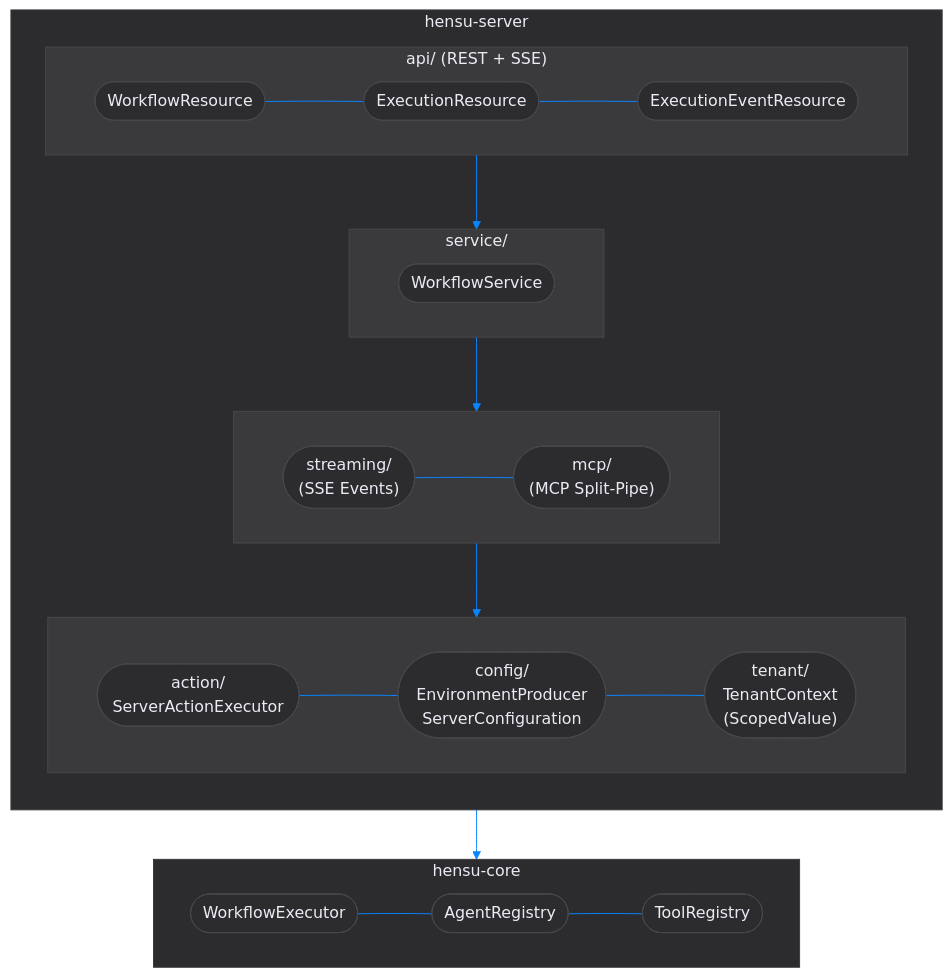
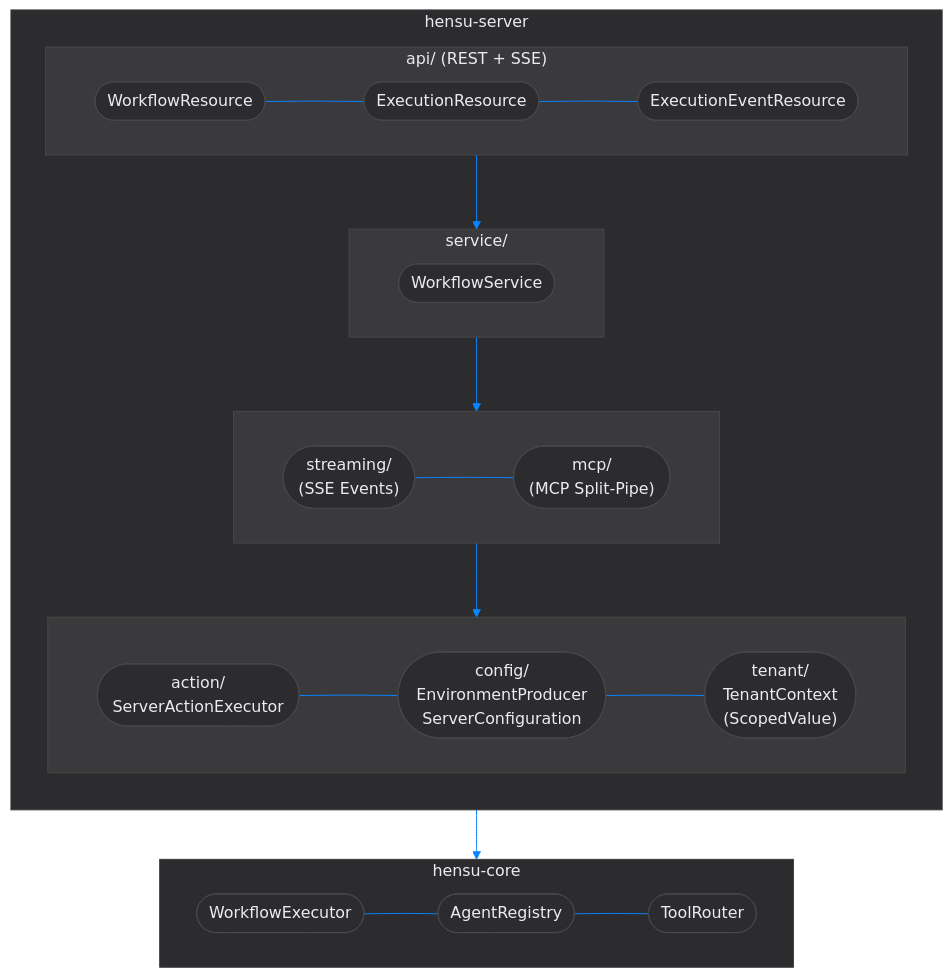
One commit to hensu-project/hensu changed the diagram in docs/developer-guide-server.md. Above: the diagram before and after it, drawn with Mermaid. The commit also changed other lines of this file and 50 other files, not shown here.

````diff
--- a/docs/developer-guide-server.md
+++ b/docs/developer-guide-server.md
@@ -34,56 +34,56 @@
 ```mermaid
 flowchart TD
     subgraph server["hensu-server"]
         direction TB
         subgraph api["api/ (REST + SSE)"]
             direction LR
             wr(["WorkflowResource"]) ~~~ er(["ExecutionResource"]) ~~~ eer(["ExecutionEventResource"])
         end
 
         subgraph svc["service/"]
             direction LR
             ws(["WorkflowService"])
         end
 
         subgraph mid["‍"]
             direction LR
             streaming(["streaming/\n(SSE Events)"]) ~~~ mcp(["mcp/\n(MCP Split-Pipe)"])
         end
 
         subgraph infra["‍"]
             direction LR
             action(["action/\nServerActionExecutor"]) ~~~ config(["config/\nEnvironmentProducer\nServerConfiguration"]) ~~~ tenant(["tenant/\nTenantContext\n(ScopedValue)"])
         end
 
         api --> svc --> mid --> infra
     end
 
     subgraph core["hensu-core"]
         direction LR
-        we(["WorkflowExecutor"]) ~~~ ar(["AgentRegistry"]) ~~~ tr(["ToolRegistry"])
+        we(["WorkflowExecutor"]) ~~~ ar(["AgentRegistry"]) ~~~ tr(["ToolRouter"])
     end
 
     server --> core
 
     style server fill:#2c2c2e, stroke:#3a3a3c, color:#ebebf5, stroke-width:1px
     style api fill:#3a3a3c, stroke:#48484a, color:#ebebf5, stroke-width:1px
     style svc fill:#3a3a3c, stroke:#48484a, color:#ebebf5, stroke-width:1px
     style mid fill:#3a3a3c, stroke:#48484a, color:#ebebf5, stroke-width:1px
     style infra fill:#3a3a3c, stroke:#48484a, color:#ebebf5, stroke-width:1px
     style core fill:#2c2c2e, stroke:#3a3a3c, color:#ebebf5, stroke-width:1px
 
     style wr fill:#2c2c2e, stroke:#48484a, color:#ebebf5, stroke-width:1px
     style er fill:#2c2c2e, stroke:#48484a, color:#ebebf5, stroke-width:1px
     style eer fill:#2c2c2e, stroke:#48484a, color:#ebebf5, stroke-width:1px
     style ws fill:#2c2c2e, stroke:#48484a, color:#ebebf5, stroke-width:1px
     style streaming fill:#2c2c2e, stroke:#48484a, color:#ebebf5, stroke-width:1px
     style mcp fill:#2c2c2e, stroke:#48484a, color:#ebebf5, stroke-width:1px
     style action fill:#2c2c2e, stroke:#48484a, color:#ebebf5, stroke-width:1px
     style config fill:#2c2c2e, stroke:#48484a, color:#ebebf5, stroke-width:1px
     style tenant fill:#2c2c2e, stroke:#48484a, color:#ebebf5, stroke-width:1px
     style we fill:#2c2c2e, stroke:#48484a, color:#ebebf5, stroke-width:1px
     style ar fill:#2c2c2e, stroke:#48484a, color:#ebebf5, stroke-width:1px
     style tr fill:#2c2c2e, stroke:#48484a, color:#ebebf5, stroke-width:1px
 
     linkStyle default stroke:#0A84FF, stroke-width:1px
 ```
````
